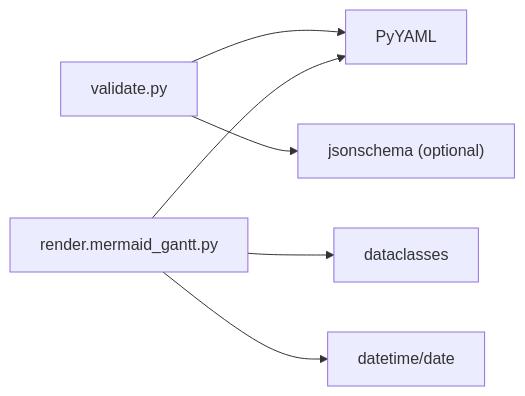
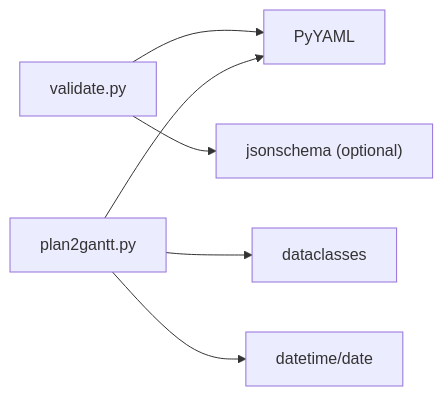
One commit to asukhodko/opskarta changed the sixth of 6 diagrams in .qoder/repowiki/en/content/Tooling and Utilities/Python API Reference.md. Above: the diagram before and after it, drawn with Mermaid. The commit also changed other lines of this file and 6 other files, not shown here.

First line of the commit message:
feat(renderer): replace mermaid_gantt with plan2gantt and plan2dag modules

````diff
--- a/.qoder/repowiki/en/content/Tooling and Utilities/Python API Reference.md
+++ b/.qoder/repowiki/en/content/Tooling and Utilities/Python API Reference.md
@@ -356,8 +376,8 @@
 ```mermaid
 graph LR
 Validate["validate.py"] --> PyYAML["PyYAML"]
 Validate --> JSONSchema["jsonschema (optional)"]
-Render["render.mermaid_gantt.py"] --> PyYAML
+Render["plan2gantt.py"] --> PyYAML
 Render --> DataClasses["dataclasses"]
 Render --> DateTime["datetime/date"]
 ```
````
